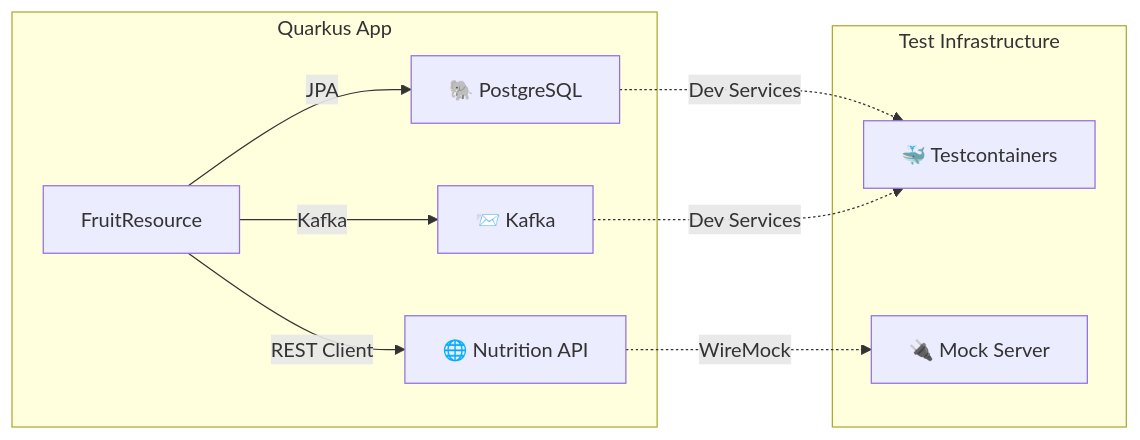
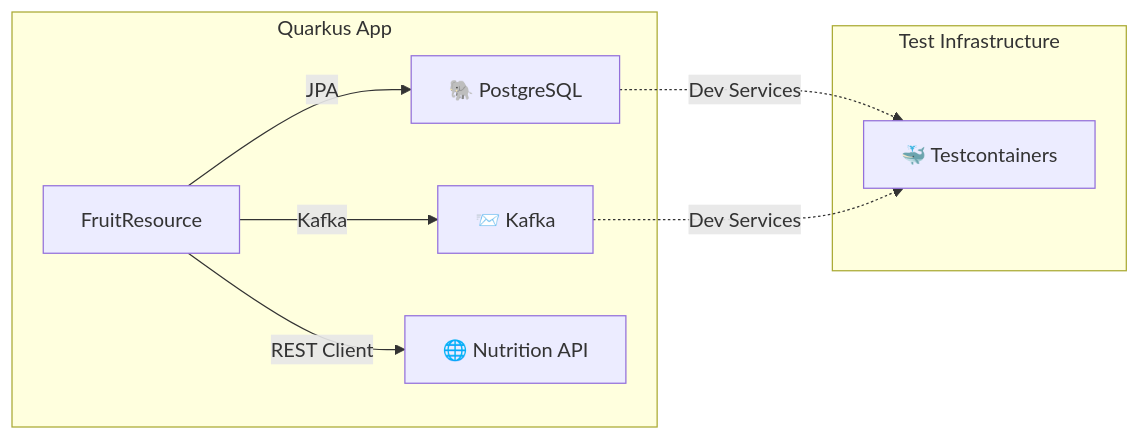
One commit to Ghislain89/testcontainers-presentation changed the second of 2 diagrams in slides.md. Above: the diagram before and after it, drawn with Mermaid. The commit also changed other lines of this file, not shown here.

````diff
--- a/slides.md
+++ b/slides.md
@@ -425,13 +425,12 @@
 ```mermaid
 flowchart LR
     subgraph Quarkus App
         A[FruitResource] -->|JPA| B[🐘 PostgreSQL]
         A -->|Kafka| C[📨 Kafka]
         A -->|REST Client| D[🌐 Nutrition API]
     end
     subgraph Test Infrastructure
         B -.->|Dev Services| E[🐳 Testcontainers]
         C -.->|Dev Services| E
-        D -.->|WireMock| F[🔌 Mock Server]
     end
 ```
````
